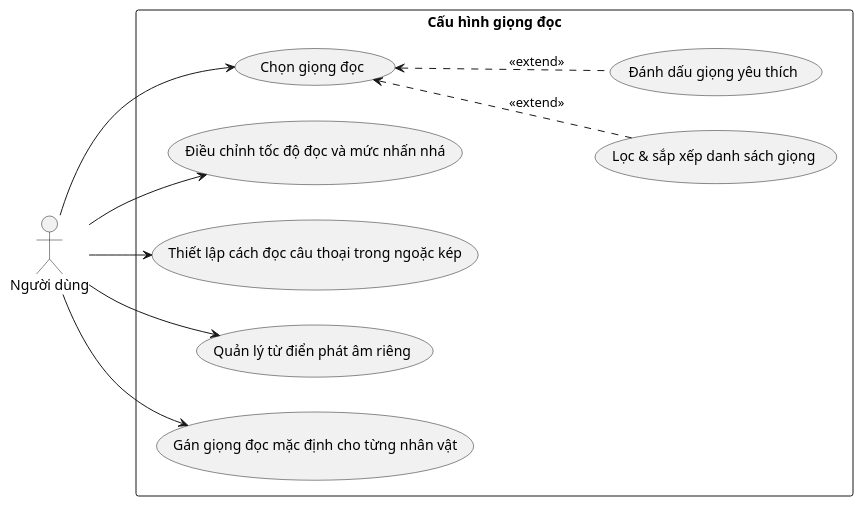
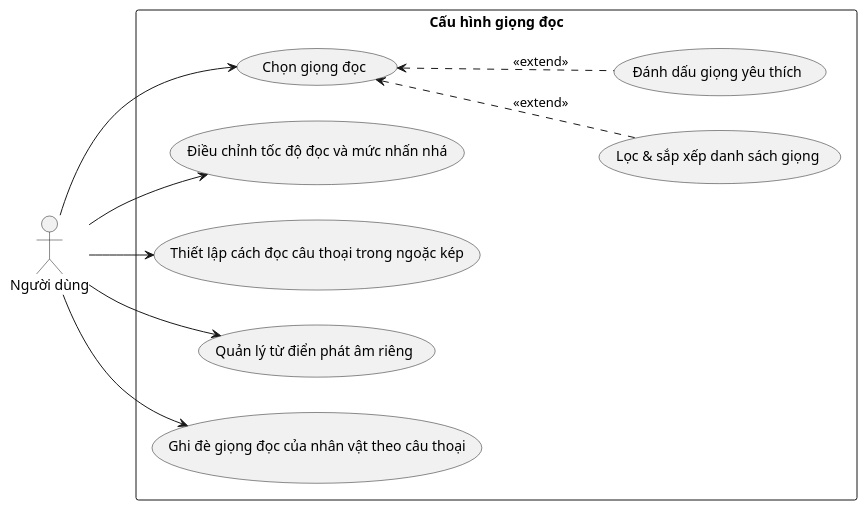
One commit to 202416852-anhpv/story2video-docs changed the diagram in docs/bieu-do-uc/bieu-do-uc-chi-tiet/make/cau-hinh-va-tong-hop-giong-doc/cau-hinh-giong-doc.puml. Above: the diagram before and after it, drawn with PlantUML. The commit also changed 2 other files, not shown here.

Commit message:
docs(use-case): cap nhat ghi de giong, dong bo timeline va lich su sinh anh

```diff
--- a/docs/bieu-do-uc/bieu-do-uc-chi-tiet/make/cau-hinh-va-tong-hop-giong-doc/cau-hinh-giong-doc.puml
+++ b/docs/bieu-do-uc/bieu-do-uc-chi-tiet/make/cau-hinh-va-tong-hop-giong-doc/cau-hinh-giong-doc.puml
@@ -1,25 +1,25 @@
 @startuml cau-hinh-giong-doc
 left to right direction
 
 actor "Người dùng" as User
 
 rectangle "Cấu hình giọng đọc" {
     usecase "Chọn giọng đọc" as UC_01
     usecase "Lọc & sắp xếp danh sách giọng" as UC_01_1
     usecase "Đánh dấu giọng yêu thích" as UC_01_2
     usecase "Điều chỉnh tốc độ đọc và mức nhấn nhá" as UC_02
     usecase "Thiết lập cách đọc câu thoại trong ngoặc kép" as UC_03
     usecase "Quản lý từ điển phát âm riêng" as UC_04
-    usecase "Gán giọng đọc mặc định cho từng nhân vật" as UC_05
+    usecase "Ghi đè giọng đọc của nhân vật theo câu thoại" as UC_05
 }
 
 User --> UC_01
 User --> UC_02
 User --> UC_03
 User --> UC_04
 User --> UC_05
 
 UC_01 <.. UC_01_1 : <<extend>>
 UC_01 <.. UC_01_2 : <<extend>>
 
 @enduml
```
